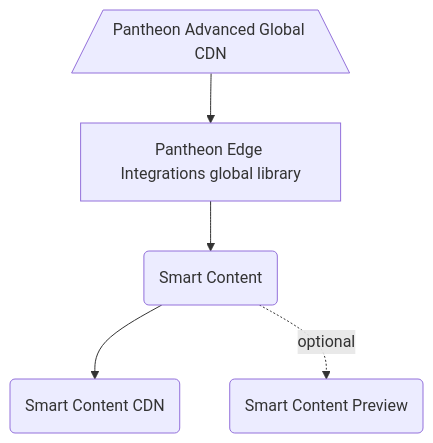
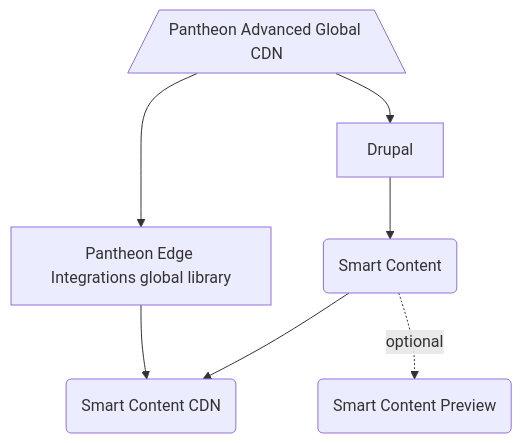
The diagram in README.md (pantheon-systems/edge-integrations-drupal-sdk), drawn with Mermaid before and after one commit. The commit also changed other lines of this file, not shown here.

````diff
--- a/README.md
+++ b/README.md
@@ -13,7 +13,8 @@
 ```mermaid
 flowchart TB
-agcdn[/Pantheon Advanced Global CDN\]-->ei[Pantheon Edge Integrations global library]
-ei-->smart_content(Smart Content)
+agcdn[/Pantheon Advanced Global CDN\]-->ei[Pantheon Edge Integrations global library] & drupal[Drupal]
+drupal-->smart_content(Smart Content)
+ei-->smart_content_cdn(Smart Content CDN)
 smart_content-->smart_content_cdn(Smart Content CDN)
 smart_content-. optional .->smart_content_preview(Smart Content Preview)
 ```
````
